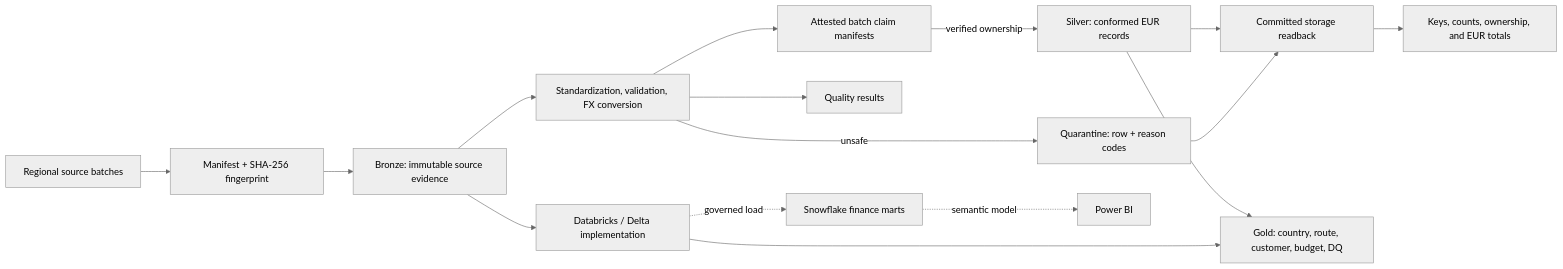
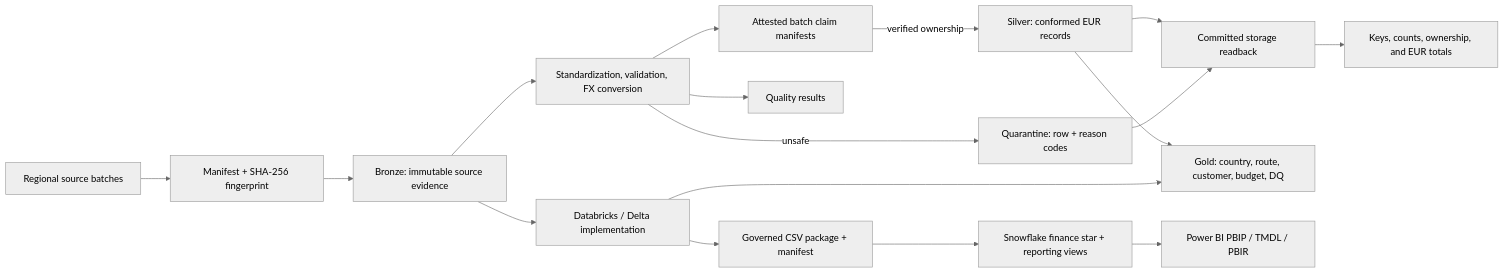
Before and after one commit to khanbelievable/Libra: the diagram in README.md, drawn with Mermaid (neutral theme). The commit also changed other lines of this file and 6 other files, not shown here.

````diff
--- a/README.md
+++ b/README.md
@@ -44,19 +46,20 @@
 ```mermaid
 flowchart LR
     Sources["Regional source batches"] --> Manifest["Manifest + SHA-256 fingerprint"]
     Manifest --> Bronze["Bronze: immutable source evidence"]
     Bronze --> Rules["Standardization, validation, FX conversion"]
     Rules --> Claims["Attested batch claim manifests"]
     Claims -->|verified ownership| Silver["Silver: conformed EUR records"]
     Rules -->|unsafe| Quarantine["Quarantine: row + reason codes"]
     Rules --> Quality["Quality results"]
     Silver --> Readback["Committed storage readback"]
     Quarantine --> Readback
     Readback --> Reconciliation["Keys, counts, ownership, and EUR totals"]
     Silver --> Gold["Gold: country, route, customer, budget, DQ"]
 
     Bronze --> Delta["Databricks / Delta implementation"]
     Delta --> Gold
-    Delta -. governed load .-> Snowflake["Snowflake finance marts"]
-    Snowflake -. semantic model .-> PowerBI["Power BI"]
+    Delta --> Export["Governed CSV package + manifest"]
+    Export --> Snowflake["Snowflake finance star + reporting views"]
+    Snowflake --> PowerBI["Power BI PBIP / TMDL / PBIR"]
 ```
````
